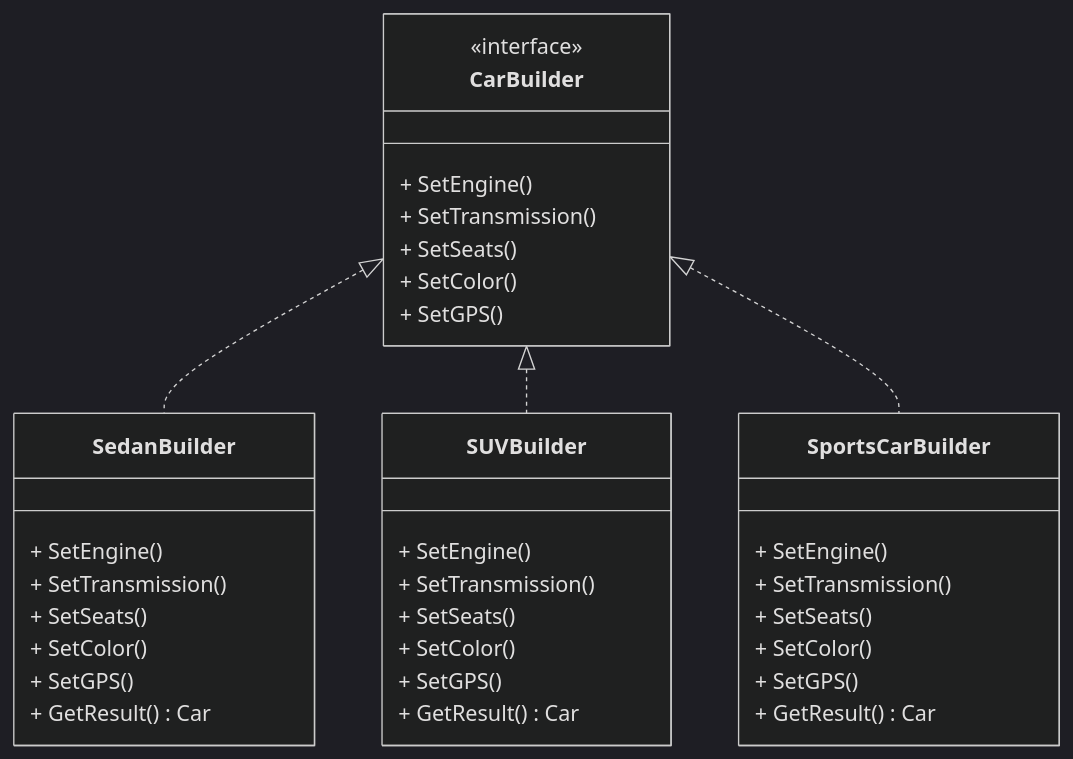
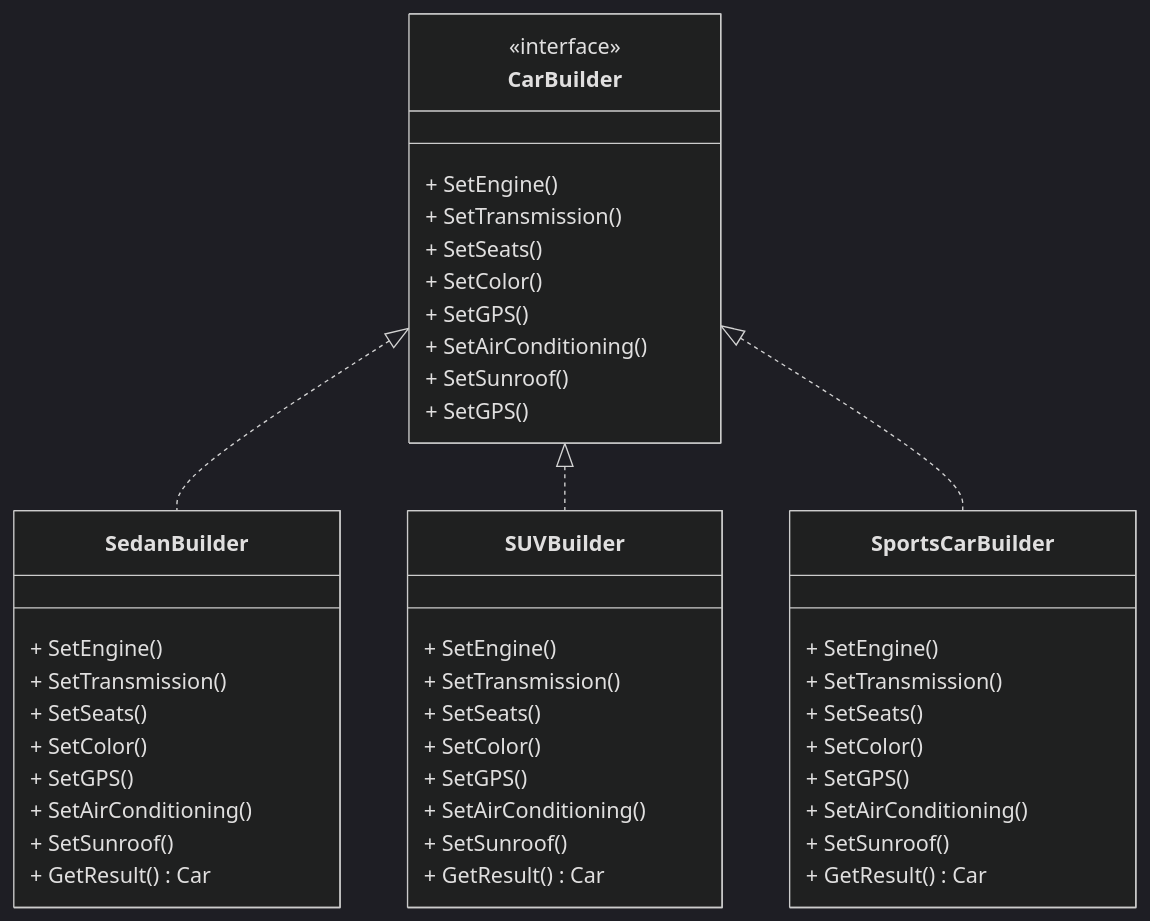
One commit to ildarca/DesignPatternsOOP changed diagram 14 of 16 in design_patterns.md. Above: the diagram before and after it, drawn with Mermaid. The commit also changed other lines of this file, not shown here.

````diff
--- a/design_patterns.md
+++ b/design_patterns.md
@@ -640,43 +647,52 @@
 ```mermaid
 %%{init: {'theme': 'dark'}}%%
 classDiagram
   class CarBuilder {
     <<interface>>
     + SetEngine()
     + SetTransmission()
     + SetSeats()
     + SetColor()
     + SetGPS()
+    + SetAirConditioning()
+    + SetSunroof()
+    + SetGPS()
   }
 
   class SedanBuilder {
     + SetEngine()
     + SetTransmission()
     + SetSeats()
     + SetColor()
     + SetGPS()
+    + SetAirConditioning()
+    + SetSunroof()
     + GetResult() Car
   }
 
   class SUVBuilder {
     + SetEngine()
     + SetTransmission()
     + SetSeats()
     + SetColor()
     + SetGPS()
+    + SetAirConditioning()
+    + SetSunroof()
     + GetResult() Car
   }
 
   class SportsCarBuilder {
     + SetEngine()
     + SetTransmission()
     + SetSeats()
     + SetColor()
     + SetGPS()
+    + SetAirConditioning()
+    + SetSunroof()
     + GetResult() Car
   }
 
   CarBuilder <|.. SedanBuilder
   CarBuilder <|.. SUVBuilder
   CarBuilder <|.. SportsCarBuilder
 ```
````
